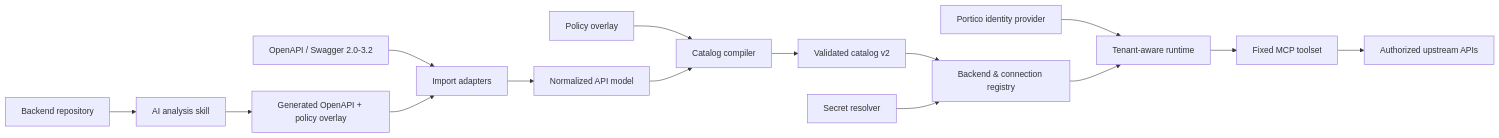
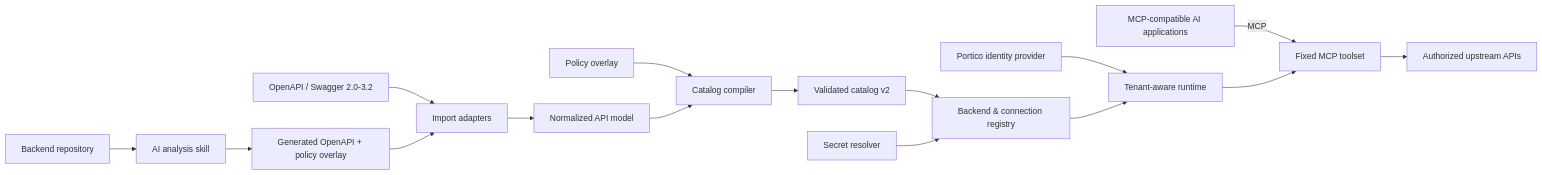
The first of 2 diagrams in README.md (yashcodelabs/mcp-portico), drawn with Mermaid before and after one commit. The commit also changed other lines of this file and 67 other files, not shown here.

````diff
--- a/README.md
+++ b/README.md
@@ -42,17 +60,18 @@
 ```mermaid
 flowchart LR
+    APPS["MCP-compatible AI applications"] -->|"MCP"| MCP["Fixed MCP toolset"]
     OA["OpenAPI / Swagger 2.0-3.2"] --> IM["Import adapters"]
     REPO["Backend repository"] --> AI["AI analysis skill"]
     AI --> OA2["Generated OpenAPI + policy overlay"]
     OA2 --> IM
     IM --> IR["Normalized API model"]
     POL["Policy overlay"] --> COMP["Catalog compiler"]
     IR --> COMP
     COMP --> CAT["Validated catalog v2"]
     CAT --> REG["Backend & connection registry"]
     SEC["Secret resolver"] --> REG
     IDP["Portico identity provider"] --> RT["Tenant-aware runtime"]
     REG --> RT
-    RT --> MCP["Fixed MCP toolset"]
+    RT --> MCP
     MCP --> UP["Authorized upstream APIs"]
 ```
````
